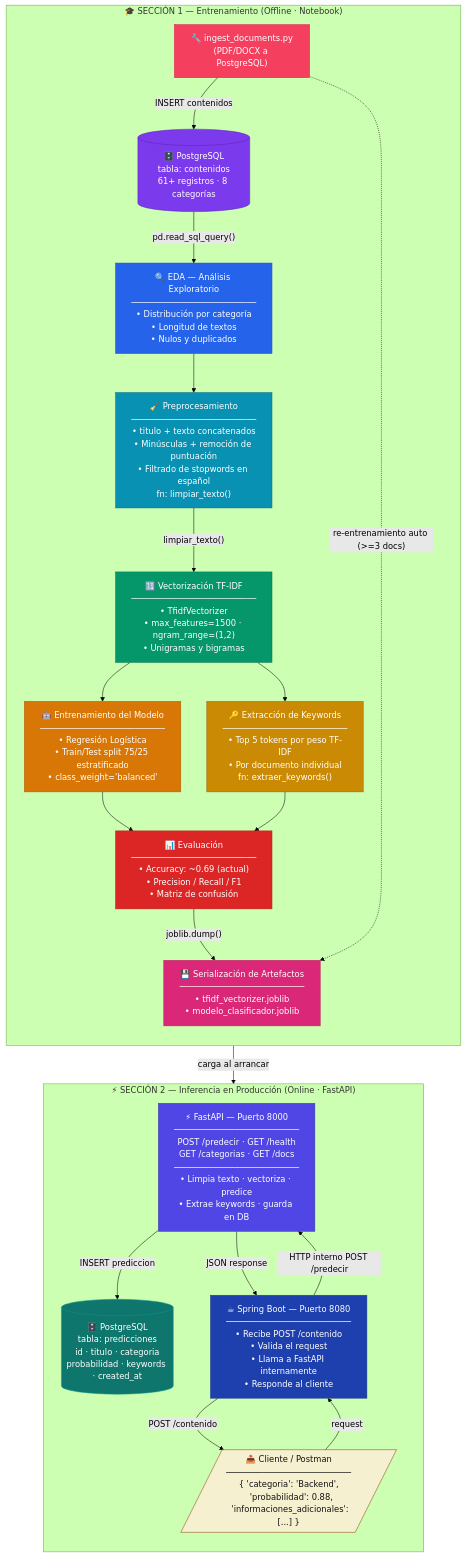
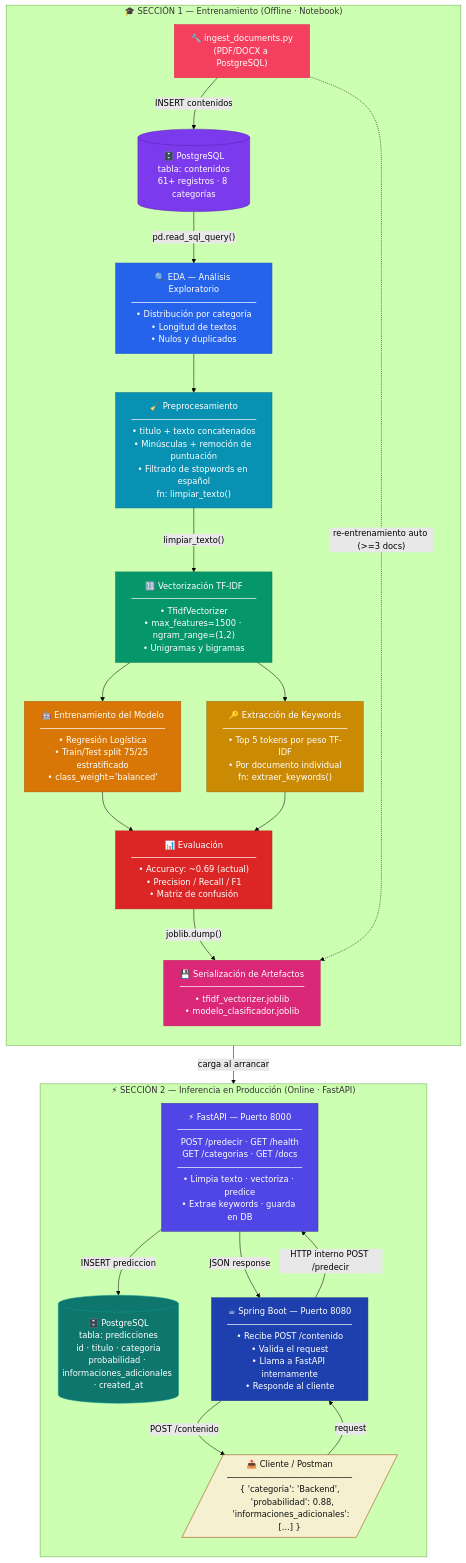
The diagram in data-science/docs/DIAGRAMA_PIPELINE.md (No-Country-simulation/g9-latam-techmind-team37), drawn with Mermaid (forest theme) before and after one commit. The commit also changed other lines of this file and 3 other files, not shown here.

First line of the commit message:
Rename keywords to informaciones_adicionales

````diff
--- a/data-science/docs/DIAGRAMA_PIPELINE.md
+++ b/data-science/docs/DIAGRAMA_PIPELINE.md
@@ -18,57 +18,57 @@
 ```mermaid
 flowchart TD
 
     subgraph TRAIN ["🎓 SECCIÓN 1 — Entrenamiento (Offline · Notebook)"]
         direction TB
         INGEST["🔧 ingest_documents.py\n(PDF/DOCX a PostgreSQL)"]
         PG_IN[("🗄️ PostgreSQL\ntabla: contenidos\n61+ registros · 8 categorías")]
         EDA["🔍 EDA — Análisis Exploratorio\n─────────────────────────\n• Distribución por categoría\n• Longitud de textos\n• Nulos y duplicados"]
         PREP["🧹 Preprocesamiento\n─────────────────────────\n• titulo + texto concatenados\n• Minúsculas + remoción de puntuación\n• Filtrado de stopwords en español\nfn: limpiar_texto()"]
         TFIDF["🔢 Vectorización TF-IDF\n─────────────────────────\n• TfidfVectorizer\n• max_features=1500 · ngram_range=(1,2)\n• Unigramas y bigramas"]
         MODEL["🤖 Entrenamiento del Modelo\n─────────────────────────\n• Regresión Logística\n• Train/Test split 75/25 estratificado\n• class_weight='balanced'"]
         KW["🔑 Extracción de Keywords\n─────────────────────────\n• Top 5 tokens por peso TF-IDF\n• Por documento individual\nfn: extraer_keywords()"]
         EVAL["📊 Evaluación\n─────────────────────────\n• Accuracy: ~0.69 (actual)\n• Precision / Recall / F1\n• Matriz de confusión"]
         SERIAL["💾 Serialización de Artefactos\n─────────────────────────\n• tfidf_vectorizer.joblib\n• modelo_clasificador.joblib"]
 
         INGEST -->|"INSERT contenidos"| PG_IN
         PG_IN -->|"pd.read_sql_query()"| EDA
         EDA --> PREP
         PREP -->|"limpiar_texto()"| TFIDF
         TFIDF --> MODEL
         TFIDF --> KW
         MODEL --> EVAL
         KW --> EVAL
         EVAL -->|"joblib.dump()"| SERIAL
     end
 
     subgraph PROD ["⚡ SECCIÓN 2 — Inferencia en Producción (Online · FastAPI)"]
         direction TB
         FASTAPI["⚡ FastAPI — Puerto 8000\n─────────────────────────\nPOST /predecir · GET /health\nGET /categorias · GET /docs\n─────────────────────────\n• Limpia texto · vectoriza · predice\n• Extrae keywords · guarda en DB"]
-        PG_OUT[("🗄️ PostgreSQL\ntabla: predicciones\nid · titulo · categoria\nprobabilidad · keywords · created_at")]
+        PG_OUT[("🗄️ PostgreSQL\ntabla: predicciones\nid · titulo · categoria\nprobabilidad · informaciones_adicionales · created_at")]
         SPRING["☕ Spring Boot — Puerto 8080\n─────────────────────────\n• Recibe POST /contenido\n• Valida el request\n• Llama a FastAPI internamente\n• Responde al cliente"]
         CLIENT[/"📤 Cliente / Postman\n─────────────────────────\n{ 'categoria': 'Backend',\n  'probabilidad': 0.88,\n  'informaciones_adicionales': [...] }"/]
 
         FASTAPI -->|"INSERT prediccion"| PG_OUT
         SPRING -->|"HTTP interno POST /predecir"| FASTAPI
         FASTAPI -->|"JSON response"| SPRING
         SPRING -->|"POST /contenido"| CLIENT
         CLIENT -->|"request"| SPRING
     end
 
     SERIAL -->|"carga al arrancar"| FASTAPI
     INGEST -.->|"re-entrenamiento auto (>=3 docs)"| SERIAL
 
     style INGEST fill:#f43f5e,color:#fff,stroke:#e11d48
     style PG_IN  fill:#7c3aed,color:#fff,stroke:#5b21b6
     style EDA    fill:#2563eb,color:#fff,stroke:#1d4ed8
     style PREP   fill:#0891b2,color:#fff,stroke:#0e7490
     style TFIDF  fill:#059669,color:#fff,stroke:#047857
     style MODEL  fill:#d97706,color:#fff,stroke:#b45309
     style KW     fill:#ca8a04,color:#fff,stroke:#a16207
     style EVAL   fill:#dc2626,color:#fff,stroke:#b91c1c
     style SERIAL fill:#db2777,color:#fff,stroke:#be185d
     style FASTAPI fill:#4f46e5,color:#fff,stroke:#3730a3
     style PG_OUT  fill:#0f766e,color:#fff,stroke:#0d9488
     style SPRING  fill:#1e40af,color:#fff,stroke:#1e3a8a
     style CLIENT  fill:#f5f0d0,color:#111,stroke:#92400e
 ```
````
